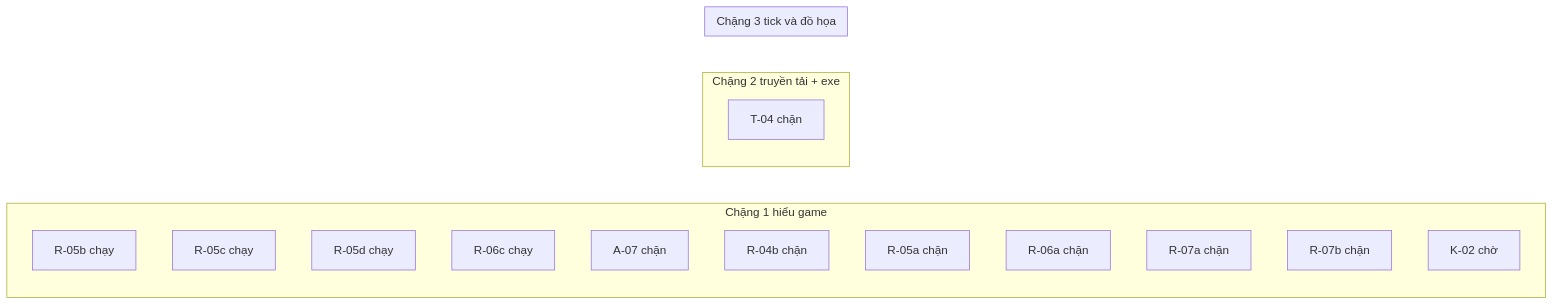
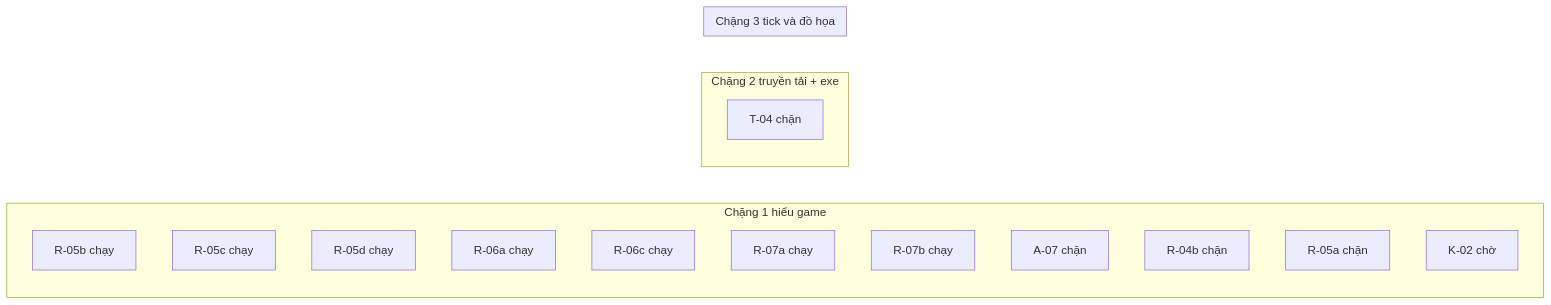
The diagram in JX1_OPS/STATE/TIEN-DO.md (ndtangoss-dev/jx1-reports), drawn with Mermaid before and after one commit. The commit also changed other lines of this file and 3 other files, not shown here.

````diff
--- a/JX1_OPS/STATE/TIEN-DO.md
+++ b/JX1_OPS/STATE/TIEN-DO.md
@@ -9,21 +9,21 @@
 ```mermaid
 flowchart LR
   subgraph S1["Chặng 1 hiểu game"]
     R_05b["R-05b chạy"]
     R_05c["R-05c chạy"]
     R_05d["R-05d chạy"]
+    R_06a["R-06a chạy"]
     R_06c["R-06c chạy"]
+    R_07a["R-07a chạy"]
+    R_07b["R-07b chạy"]
     A_07["A-07 chặn"]
     R_04b["R-04b chặn"]
     R_05a["R-05a chặn"]
-    R_06a["R-06a chặn"]
-    R_07a["R-07a chặn"]
-    R_07b["R-07b chặn"]
     K_02["K-02 chờ"]
   end
   subgraph S2["Chặng 2 truyền tải + exe"]
     T_04["T-04 chặn"]
   end
   subgraph S3["Chặng 3 tick và đồ họa"]
   end
 ```
````
